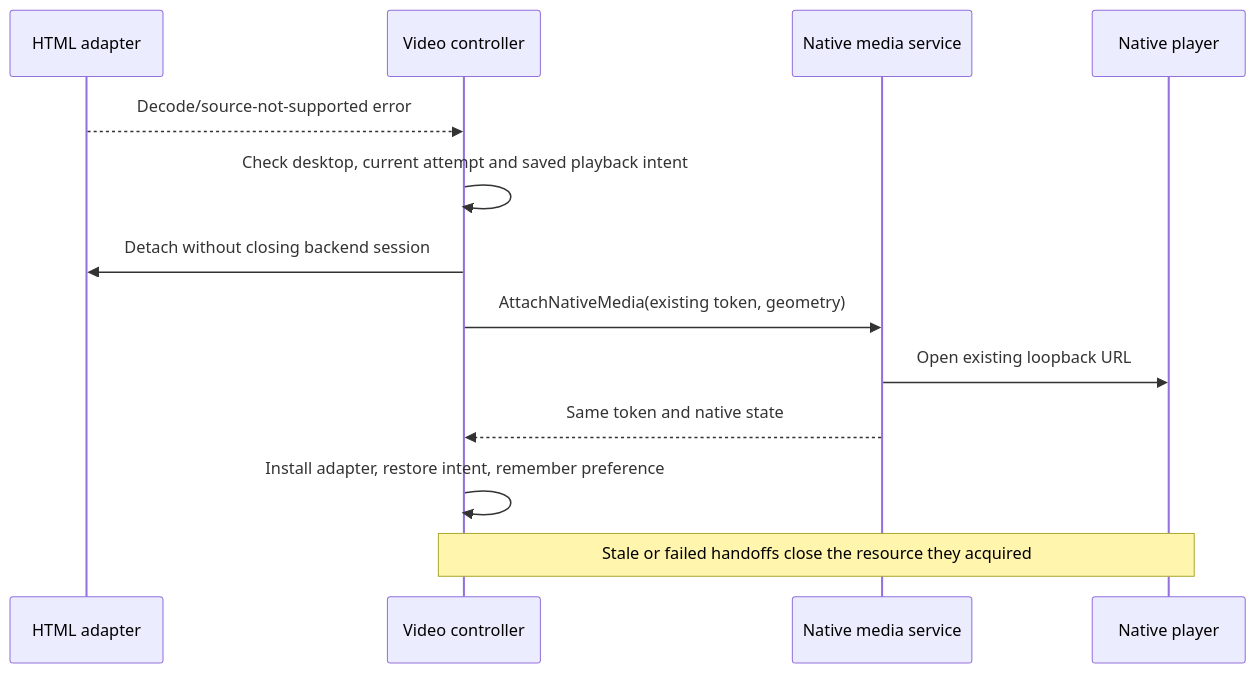
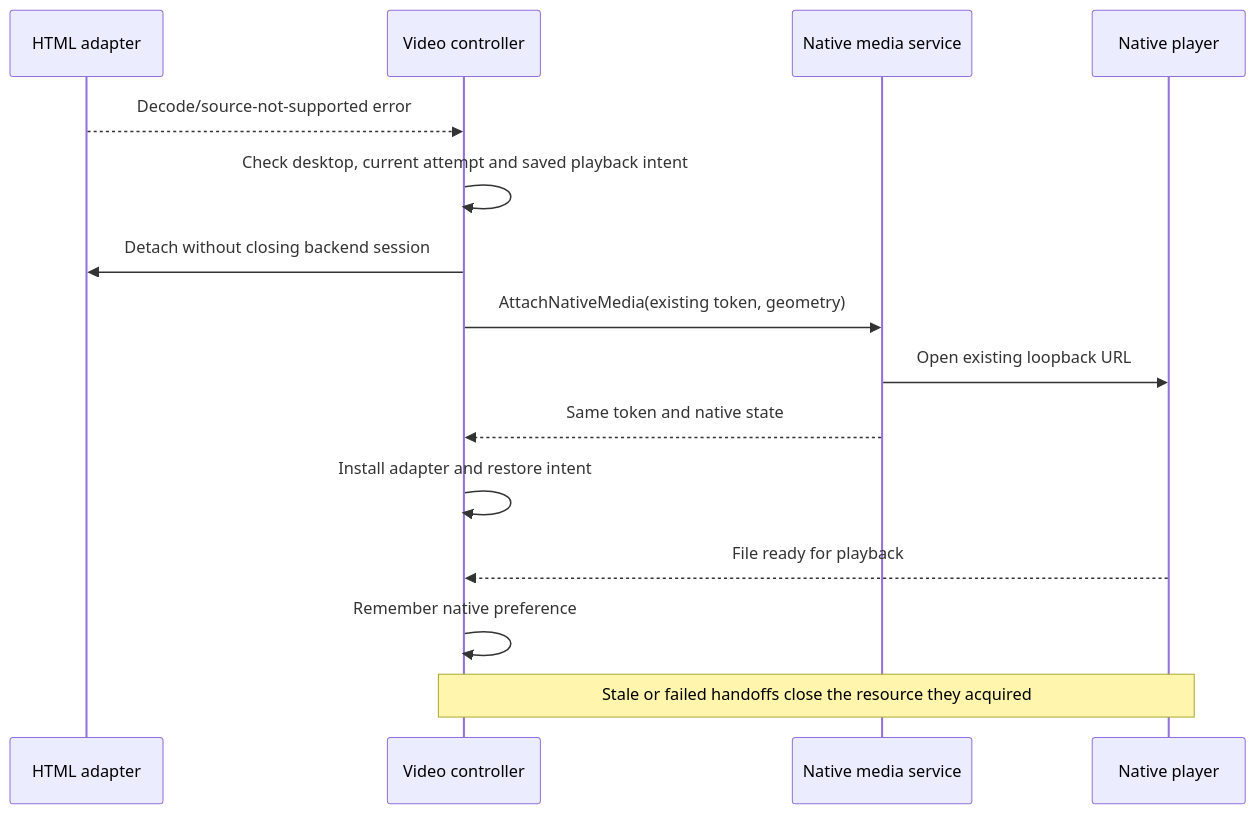
Before and after one commit to jeetrex17/TDrive: the sixth of 6 diagrams in docs/architecture/media-streaming.md, drawn with Mermaid. The commit also changed other lines of this file and 127 other files, not shown here.

````diff
--- a/docs/architecture/media-streaming.md
+++ b/docs/architecture/media-streaming.md
@@ -465,15 +471,17 @@
 ```mermaid
 sequenceDiagram
     participant HTML as HTML adapter
     participant UI as Video controller
     participant App as Native media service
     participant MPV as Native player
     HTML-->>UI: Decode/source-not-supported error
     UI->>UI: Check desktop, current attempt and saved playback intent
     UI->>HTML: Detach without closing backend session
     UI->>App: AttachNativeMedia(existing token, geometry)
     App->>MPV: Open existing loopback URL
     App-->>UI: Same token and native state
-    UI->>UI: Install adapter, restore intent, remember preference
+    UI->>UI: Install adapter and restore intent
+    MPV-->>UI: File ready for playback
+    UI->>UI: Remember native preference
     Note over UI,MPV: Stale or failed handoffs close the resource they acquired
 ```
````
